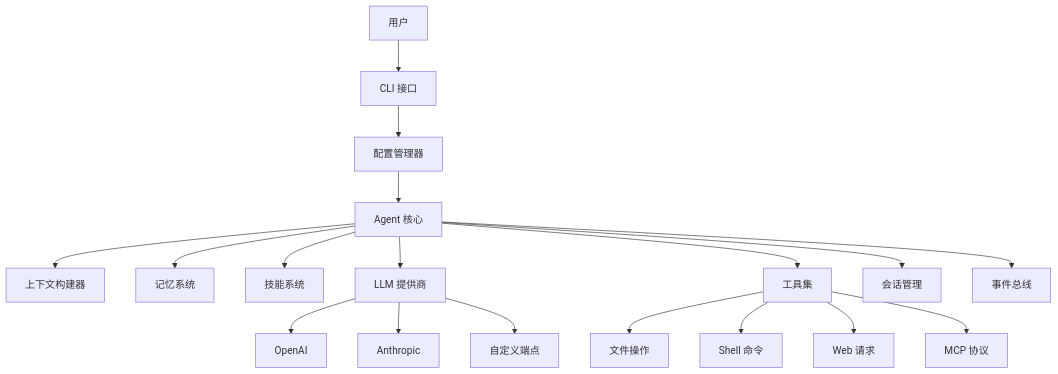
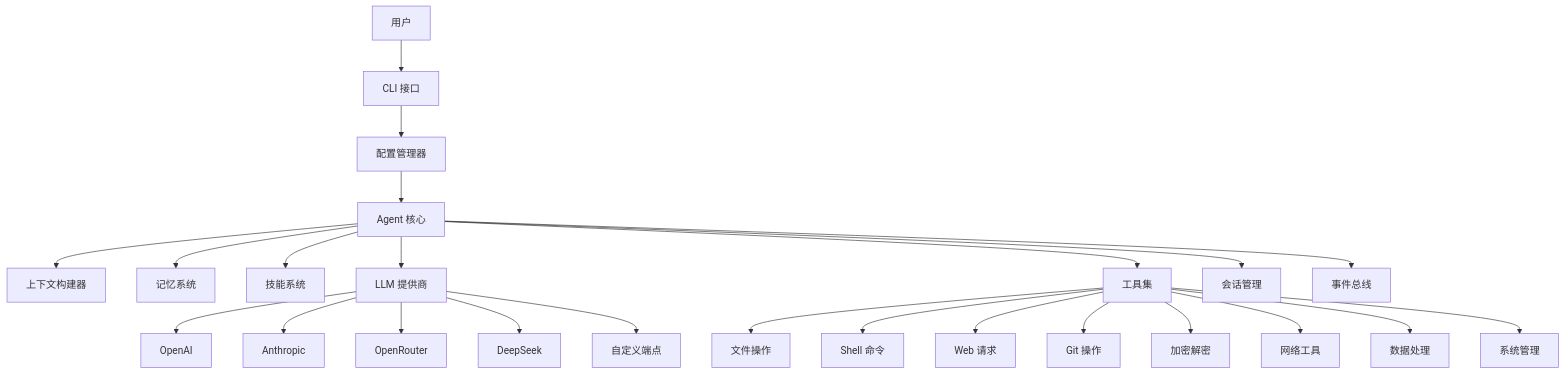
Before and after one commit to lihaizhong/niuma: the first of 2 diagrams in README.md, drawn with Mermaid. The commit also changed other lines of this file, not shown here.

````diff
--- a/README.md
+++ b/README.md
@@ -370,22 +411,28 @@
 ```mermaid
 graph TB
     User[用户] --> CLI[CLI 接口]
     CLI --> Config[配置管理器]
     Config --> Agent[Agent 核心]
     Agent --> Context[上下文构建器]
     Agent --> Memory[记忆系统]
     Agent --> Skills[技能系统]
     Agent --> Provider[LLM 提供商]
     Agent --> Tools[工具集]
     Agent --> Session[会话管理]
     Agent --> Bus[事件总线]
     
     Provider --> OpenAI[OpenAI]
     Provider --> Anthropic[Anthropic]
+    Provider --> OpenRouter[OpenRouter]
+    Provider --> DeepSeek[DeepSeek]
     Provider --> Custom[自定义端点]
     
     Tools --> File[文件操作]
     Tools --> Shell[Shell 命令]
     Tools --> Web[Web 请求]
-    Tools --> MCP[MCP 协议]
+    Tools --> Git[Git 操作]
+    Tools --> Crypto[加密解密]
+    Tools --> Network[网络工具]
+    Tools --> Data[数据处理]
+    Tools --> System[系统管理]
 ```
````
